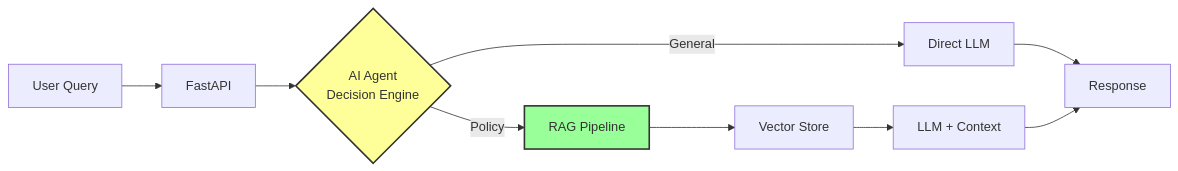
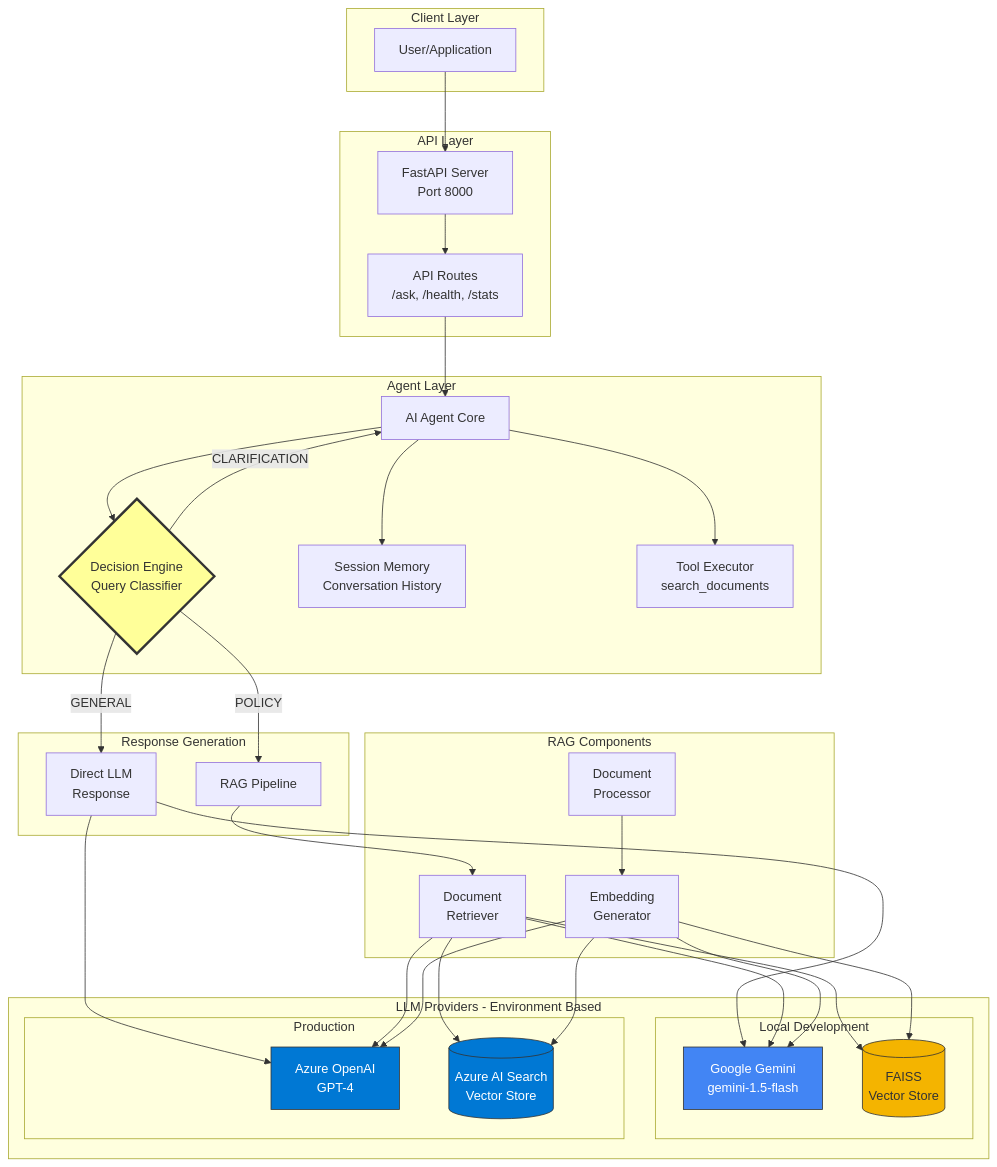
Before and after one commit to devopsexpertlearning/policybot-ai-agent: the diagram in README.md, drawn with Mermaid. The commit also changed other lines of this file and 1 other file, not shown here.

````diff
--- a/README.md
+++ b/README.md
@@ -31,14 +31,72 @@
 ```mermaid
-graph LR
-    A[User Query] --> B[FastAPI]
-    B --> C{AI Agent<br/>Decision Engine}
-    C -->|General| D[Direct LLM]
-    C -->|Policy| E[RAG Pipeline]
-    E --> F[Vector Store]
-    F --> G[LLM + Context]
-    D --> H[Response]
-    G --> H
+graph TB
+    subgraph "Client Layer"
+        User[User/Application]
+    end
     
-    style C fill:#ff9,stroke:#333,stroke-width:2px
-    style E fill:#9f9,stroke:#333,stroke-width:2px
+    subgraph "API Layer"
+        FastAPI[FastAPI Server<br/>Port 8000]
+        Routes[API Routes<br/>/ask, /health, /stats]
+    end
+    
+    subgraph "Agent Layer"
+        Agent[AI Agent Core]
+        Decision{Decision Engine<br/>Query Classifier}
+        Memory[Session Memory<br/>Conversation History]
+        Tools[Tool Executor<br/>search_documents]
+    end
+    
+    subgraph "Response Generation"
+        DirectLLM[Direct LLM<br/>Response]
+        RAGPipeline[RAG Pipeline]
+    end
+    
+    subgraph "RAG Components"
+        DocProcessor[Document<br/>Processor]
+        Embeddings[Embedding<br/>Generator]
+        Retriever[Document<br/>Retriever]
+    end
+    
+    subgraph "LLM Providers - Environment Based"
+        subgraph Local[Local Development]
+            Gemini[Google Gemini<br/>gemini-1.5-flash]
+            FAISS[(FAISS<br/>Vector Store)]
+        end
+        
+        subgraph Production[Production]
+            Azure[Azure OpenAI<br/>GPT-4]
+            AzureSearch[(Azure AI Search<br/>Vector Store)]
+        end
+    end
+    
+    User --> FastAPI
+    FastAPI --> Routes
+    Routes --> Agent
+    Agent --> Decision
+    Decision -->|GENERAL| DirectLLM
+    Decision -->|POLICY| RAGPipeline
+    Decision -->|CLARIFICATION| Agent
+    Agent --> Memory
+    Agent --> Tools
+    
+    DirectLLM --> Gemini
+    DirectLLM --> Azure
+    
+    RAGPipeline --> Retriever
+    Retriever --> FAISS
+    Retriever --> AzureSearch
+    Retriever --> Gemini
+    Retriever --> Azure
+    
+    DocProcessor --> Embeddings
+    Embeddings --> Gemini
+    Embeddings --> Azure
+    Embeddings --> FAISS
+    Embeddings --> AzureSearch
+    
+    style Decision fill:#ff9,stroke:#333,stroke-width:3px
+    style Gemini fill:#4285f4,stroke:#333,color:#fff
+    style Azure fill:#0078d4,stroke:#333,color:#fff
+    style FAISS fill:#f4b400,stroke:#333
+    style AzureSearch fill:#0078d4,stroke:#333,color:#fff
 ```
````
